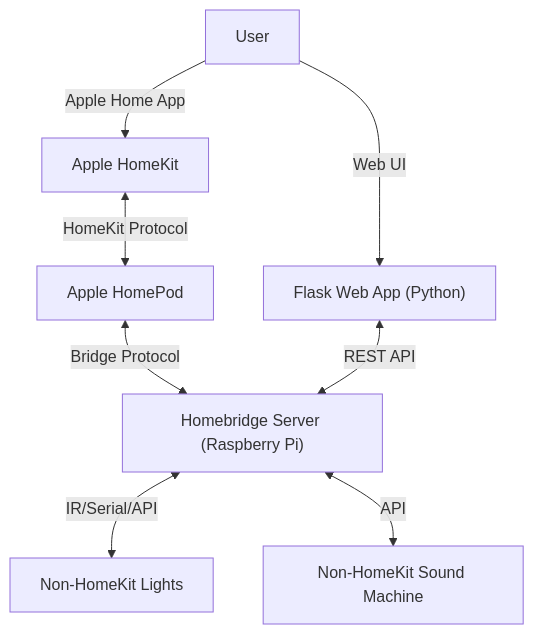
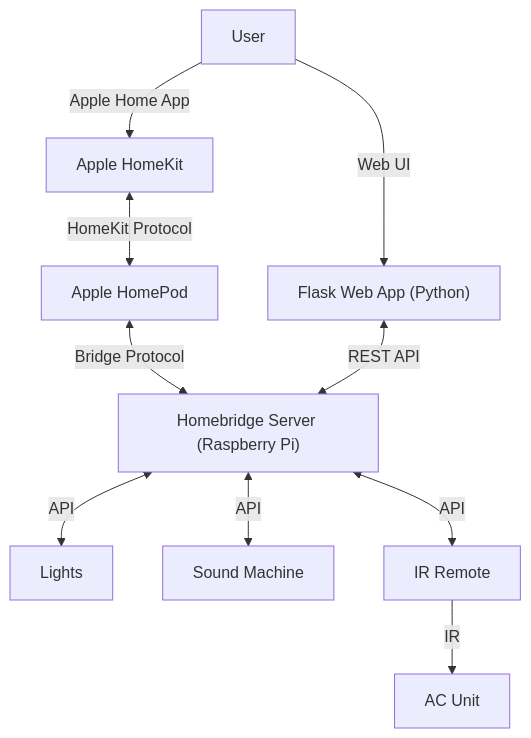
Before and after one commit to larrison23/Personal-Website: the diagram in projects/Containerized Home Network.md, drawn with Mermaid.

Commit message:
Graph update

````diff
--- a/projects/Containerized Home Network.md
+++ b/projects/Containerized Home Network.md
@@ -11,10 +11,12 @@
 ```mermaid
 graph TD
     User["User"] -->|"Web UI"| FlaskApp["Flask Web App (Python)"]
     User -->|"Apple Home App"| HomeKit["Apple HomeKit"]
     HomeKit <-->|"HomeKit Protocol"| HomePod["Apple HomePod"]
     HomePod <-->|"Bridge Protocol"| Homebridge["Homebridge Server (Raspberry Pi)"]
     FlaskApp <-->|"REST API"| Homebridge
-    Homebridge <-->|"IR/Serial/API"| DummyDevice1["Non-HomeKit Lights"]
-    Homebridge <-->|"API"| DummyDevice2["Non-HomeKit Sound Machine"]
+    Homebridge <-->|"API"| DummyDevice1["Lights"]
+    Homebridge <-->|"API"| DummyDevice2["Sound Machine"]
+    Homebridge <-->|"API"| IRDevice["IR Remote"]
+    IRDevice -->|"IR"| ACUnit["AC Unit"]
 ```
````
